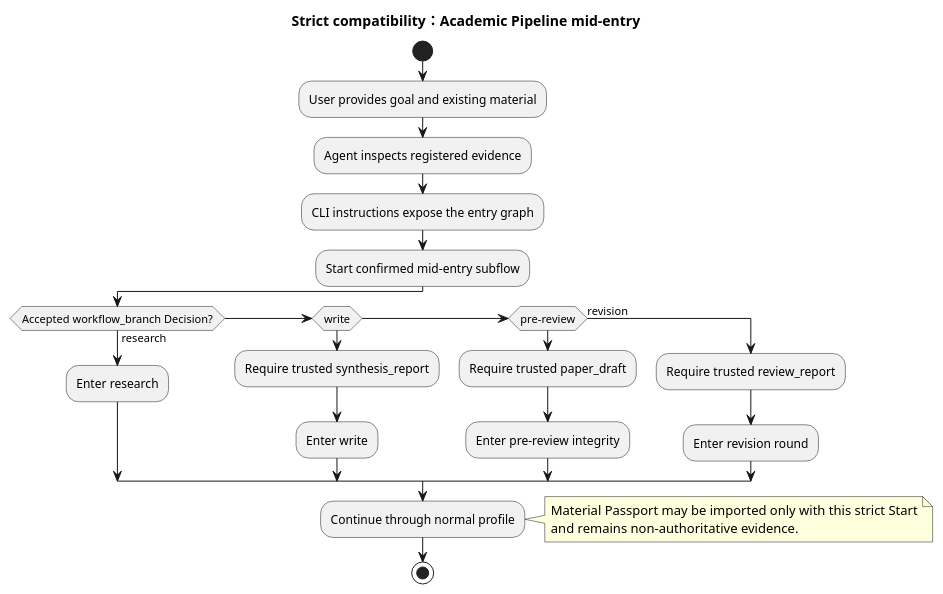
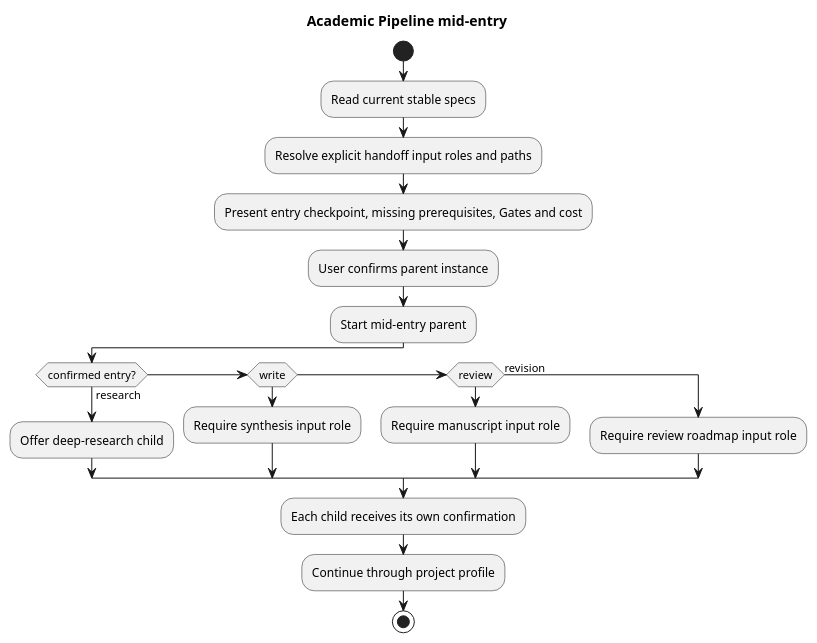
One commit to leike0813/ResearchSpec changed the diagram in docs/researchspec_arsu_runtime/diagrams/src/academic-pipeline-mid-entry.puml. Above: the diagram before and after it, drawn with PlantUML. The commit also changed 89 other files, not shown here.

```diff
--- a/docs/researchspec_arsu_runtime/diagrams/src/academic-pipeline-mid-entry.puml
+++ b/docs/researchspec_arsu_runtime/diagrams/src/academic-pipeline-mid-entry.puml
@@ -1,27 +1,22 @@
 @startuml
-title Strict compatibility：Academic Pipeline mid-entry
+title Academic Pipeline mid-entry
 skinparam shadowing false
 start
-:User provides goal and existing material;
-:Agent inspects registered evidence;
-:CLI instructions expose the entry graph;
-:Start confirmed mid-entry subflow;
-if (Accepted workflow_branch Decision?) then (research)
-  :Enter research;
+:Read current stable specs;
+:Resolve explicit handoff input roles and paths;
+:Present entry checkpoint, missing prerequisites, Gates and cost;
+:User confirms parent instance;
+:Start mid-entry parent;
+if (confirmed entry?) then (research)
+  :Offer deep-research child;
 elseif (write)
-  :Require trusted synthesis_report;
-  :Enter write;
-elseif (pre-review)
-  :Require trusted paper_draft;
-  :Enter pre-review integrity;
+  :Require synthesis input role;
+elseif (review)
+  :Require manuscript input role;
 else (revision)
-  :Require trusted review_report;
-  :Enter revision round;
+  :Require review roadmap input role;
 endif
-:Continue through normal profile;
-note right
-  Material Passport may be imported only with this strict Start
-  and remains non-authoritative evidence.
-end note
+:Each child receives its own confirmation;
+:Continue through project profile;
 stop
 @enduml
```
